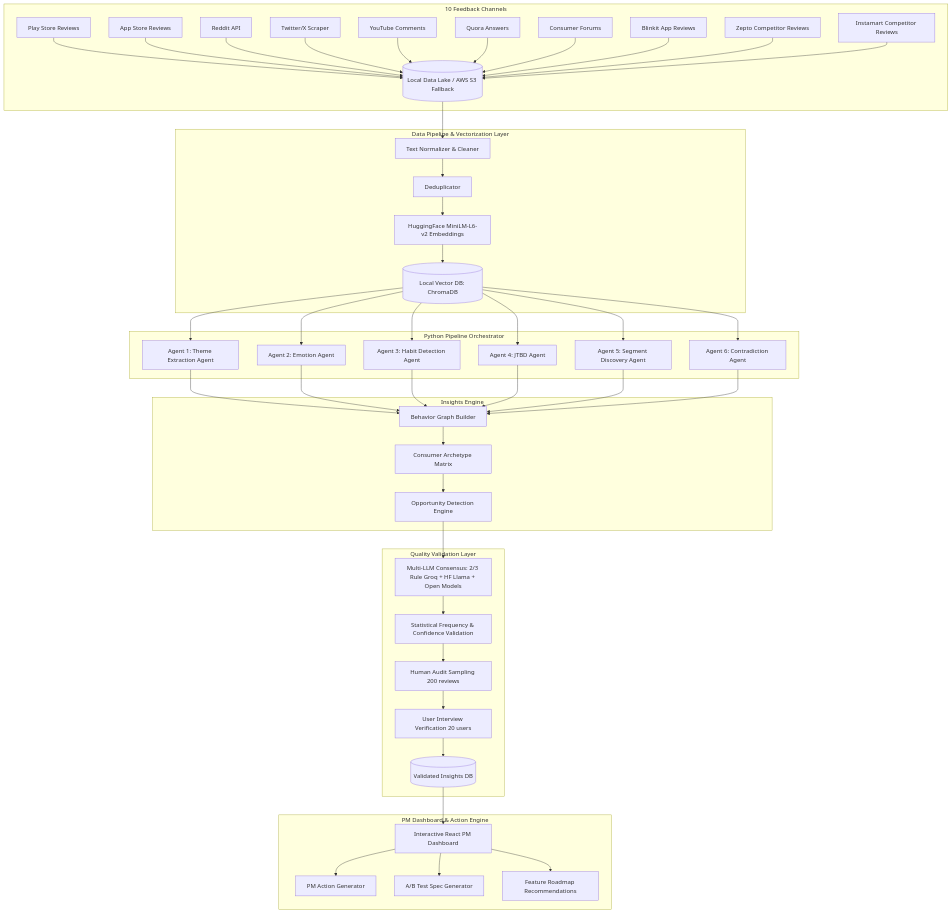
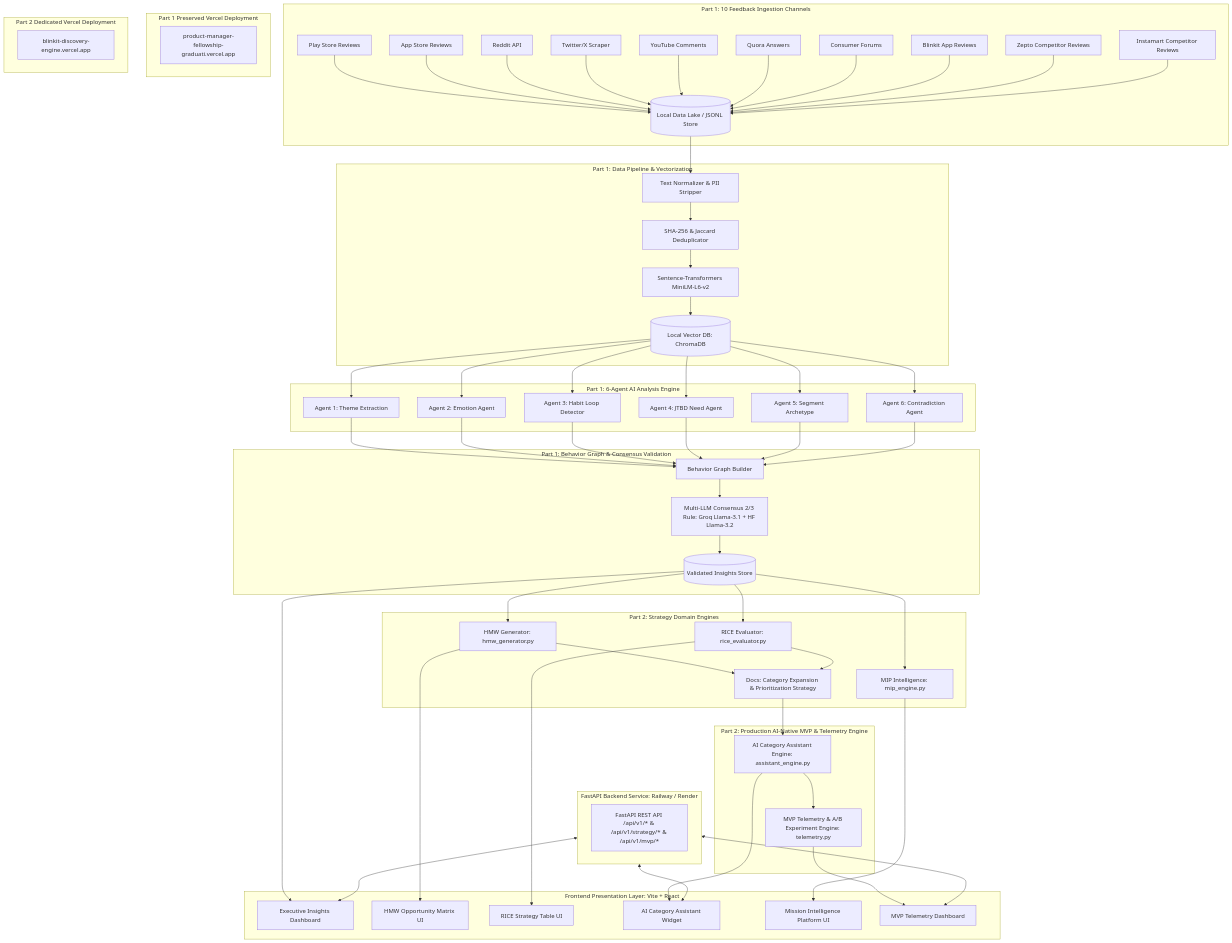
One commit to gsai-max/ProductManagerFellowshipGraduationProject changed the diagram in docs/architecture.md. Above: the diagram before and after it, drawn with Mermaid. The commit also changed other lines of this file and 33 other files, not shown here.

Commit message:
feat: complete Part 2 product strategy, AI category assistant MVP, telemetry engine & documentation updates

````diff
--- a/docs/architecture.md
+++ b/docs/architecture.md
@@ -23,8 +31,8 @@
 ```mermaid
 graph TD
-    %% 1. Ingestion Layer
-    subgraph Ingestion Layer [10 Feedback Channels]
-        PlayStore[Play Store Reviews] --> RawStore[(Local Data Lake / AWS S3 Fallback)]
+    %% PART 1: INGESTION & DATA PROCESSING
+    subgraph Part1_Ingestion [Part 1: 10 Feedback Ingestion Channels]
+        PlayStore[Play Store Reviews] --> RawStore[(Local Data Lake / JSONL Store)]
         AppStore[App Store Reviews] --> RawStore
         Reddit[Reddit API] --> RawStore
         Twitter[Twitter/X Scraper] --> RawStore
@@ -36,50 +44,75 @@
         Instamart[Instamart Competitor Reviews] --> RawStore
     end
 
-    %% 2. Data Processing & Vectorization Layer
-    subgraph Data Pipeline & Vectorization Layer
-        RawStore --> Cleaner[Text Normalizer & Cleaner]
-        Cleaner --> Deduplicator[Deduplicator]
-        Deduplicator --> Embeddings[HuggingFace MiniLM-L6-v2 Embeddings]
+    subgraph Part1_Pipeline [Part 1: Data Pipeline & Vectorization]
+        RawStore --> Cleaner[Text Normalizer & PII Stripper]
+        Cleaner --> Deduplicator[SHA-256 & Jaccard Deduplicator]
+        Deduplicator --> Embeddings[Sentence-Transformers MiniLM-L6-v2]
         Embeddings --> VectorDB[(Local Vector DB: ChromaDB)]
     end
 
-    %% 3. Multi-Agent AI Analysis Layer (n8n Workflow)
-    subgraph Multi-Agent AI Analysis Layer [Python Pipeline Orchestrator]
-        VectorDB --> Agent1[Agent 1: Theme Extraction Agent]
+    %% PART 1: 6-AGENT AI ENGINE & CONSENSUS
+    subgraph Part1_Agents [Part 1: 6-Agent AI Analysis Engine]
+        VectorDB --> Agent1[Agent 1: Theme Extraction]
         VectorDB --> Agent2[Agent 2: Emotion Agent]
-        VectorDB --> Agent3[Agent 3: Habit Detection Agent]
-        VectorDB --> Agent4[Agent 4: JTBD Agent]
-        VectorDB --> Agent5[Agent 5: Segment Discovery Agent]
+        VectorDB --> Agent3[Agent 3: Habit Loop Detector]
+        VectorDB --> Agent4[Agent 4: JTBD Need Agent]
+        VectorDB --> Agent5[Agent 5: Segment Archetype]
         VectorDB --> Agent6[Agent 6: Contradiction Agent]
     end
 
-    %% 4. Insights & Behavior Graph Engine
-    subgraph Insights Engine
-        Agent1 --> BehaviorGraph[Behavior Graph Builder]
-        Agent2 --> BehaviorGraph
-        Agent3 --> BehaviorGraph
-        Agent4 --> BehaviorGraph
-        Agent5 --> BehaviorGraph
-        Agent6 --> BehaviorGraph
-        BehaviorGraph --> ArchetypeEngine[Consumer Archetype Matrix]
-        ArchetypeEngine --> OpportunityDetector[Opportunity Detection Engine]
+    subgraph Part1_Validation [Part 1: Behavior Graph & Consensus Validation]
+        Agent1 & Agent2 & Agent3 & Agent4 & Agent5 & Agent6 --> BehaviorGraph[Behavior Graph Builder]
+        BehaviorGraph --> MultiLLM[Multi-LLM Consensus 2/3 Rule: Groq Llama-3.1 + HF Llama-3.2]
+        MultiLLM --> ValidationStore[(Validated Insights Store)]
     end
 
-    %% 5. Quality Validation Layer
-    subgraph Quality Validation Layer
-        OpportunityDetector --> MultiLLM[Multi-LLM Consensus: 2/3 Rule Groq + HF Llama + Open Models]
-        MultiLLM --> StatValidation[Statistical Frequency & Confidence Validation]
-        StatValidation --> HumanAudit[Human Audit Sampling 200 reviews]
-        HumanAudit --> UserInterviews[User Interview Verification 20 users]
-        UserInterviews --> InsightStore[(Validated Insights DB)]
+    %% PART 2: PRODUCT STRATEGY & ENGINE DOMAIN
+    subgraph Part2_StrategyEngines [Part 2: Strategy Domain Engines]
+        ValidationStore --> HMWEngine[HMW Generator: hmw_generator.py]
+        ValidationStore --> RICEEngine[RICE Evaluator: rice_evaluator.py]
+        ValidationStore --> MIPEngine[MIP Intelligence: mip_engine.py]
+        HMWEngine --> StrategyMemos[Docs: Category Expansion & Prioritization Strategy]
+        RICEEngine --> StrategyMemos
     end
 
-    %% 6. Presentation Layer
-    subgraph PM Dashboard & Action Engine
-        InsightStore --> Dashboard[Interactive React PM Dashboard]
-        Dashboard --> Actions[PM Action Generator]
-        Dashboard --> Experiments[A/B Test Spec Generator]
-        Dashboard --> Features[Feature Roadmap Recommendations]
+    %% PART 2: MVP FEATURE & TELEMETRY ENGINE
+    subgraph Part2_MVPFeature [Part 2: Production AI-Native MVP & Telemetry Engine]
+        StrategyMemos --> AssistantEngine[AI Category Assistant Engine: assistant_engine.py]
+        AssistantEngine --> TelemetryEngine[MVP Telemetry & A/B Experiment Engine: telemetry.py]
+    end
+
+    %% FRONTEND PRESENTATION LAYER
+    subgraph Frontend_App [Frontend Presentation Layer: Vite + React]
+        Part1Dashboard[Executive Insights Dashboard]
+        HMWUI[HMW Opportunity Matrix UI]
+        RICEUI[RICE Strategy Table UI]
+        AssistantWidget[AI Category Assistant Widget]
+        MIPUI[Mission Intelligence Platform UI]
+        TelemetryUI[MVP Telemetry Dashboard]
+
+        ValidationStore --> Part1Dashboard
+        HMWEngine --> HMWUI
+        RICEEngine --> RICEUI
+        AssistantEngine --> AssistantWidget
+        MIPEngine --> MIPUI
+        TelemetryEngine --> TelemetryUI
+    end
+
+    %% DUAL-LINK DEPLOYMENT SEPARATION
+    subgraph FastAPIBackend [FastAPI Backend Service: Railway / Render]
+        BackendRoutes[FastAPI REST API /api/v1/* & /api/v1/strategy/* & /api/v1/mvp/*]
+    end
+
+    FastAPIBackend <--> Part1Dashboard
+    FastAPIBackend <--> AssistantWidget
+    FastAPIBackend <--> TelemetryUI
+
+    subgraph Part1Link [Part 1 Preserved Vercel Deployment]
+        Part1DashboardLink[product-manager-fellowship-graduati.vercel.app]
+    end
+
+    subgraph Part2Link [Part 2 Dedicated Vercel Deployment]
+        Part2MVPApp[blinkit-discovery-engine.vercel.app]
     end
 ```
````
